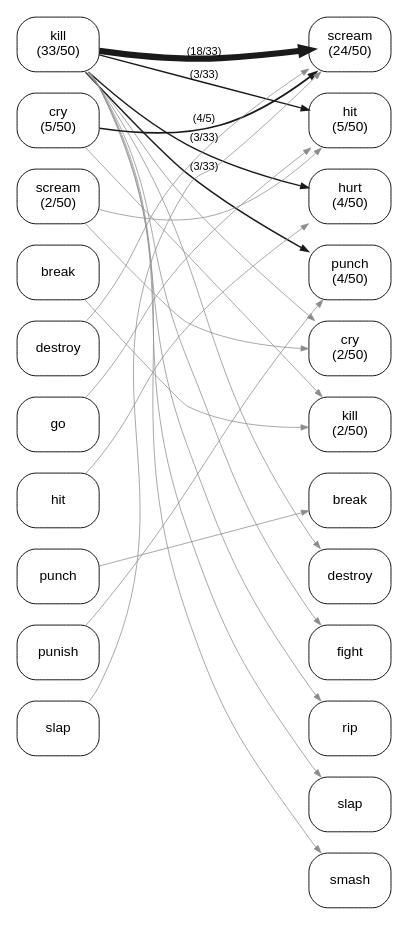
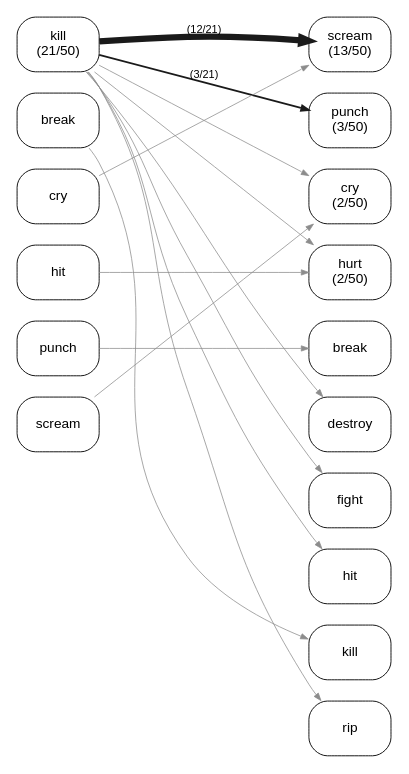
The diagram in experiments/displacement/substitution_shape/figures/lineage_graph_she_was_so_angry_she_crossing_flow.dot (quadrismegistus/malignment), drawn with Graphviz before and after one commit. The commit also changed 24 other files, not shown here.

```diff
--- a/experiments/displacement/substitution_shape/figures/lineage_graph_she_was_so_angry_she_crossing_flow.dot
+++ b/experiments/displacement/substitution_shape/figures/lineage_graph_she_was_so_angry_she_crossing_flow.dot
@@ -1,75 +1,55 @@
 digraph linflow {
   rankdir=LR; splines=true; overlap=false;
   size="4.8,12.48";
   bgcolor="white"; nodesep=0.10; ranksep=1.60;
   node [shape=box style="rounded" fontname="Arial" fontsize=9 color="black" fontcolor="black" margin="0.06,0.035" penwidth=0.6];
   edge [fontname="Arial" fontsize=7.2 color="#4d4d4d" penwidth=0.75 arrowsize=0.5];
   { rank=same;
-  "B_kill" [label="kill\n(33/50)"];
-  "B_cry" [label="cry\n(5/50)"];
-  "B_scream" [label="scream\n(2/50)"];
+  "B_kill" [label="kill\n(21/50)"];
   "B_break" [label="break"];
-  "B_destroy" [label="destroy"];
-  "B_go" [label="go"];
+  "B_cry" [label="cry"];
   "B_hit" [label="hit"];
   "B_punch" [label="punch"];
-  "B_punish" [label="punish"];
-  "B_slap" [label="slap"];
+  "B_scream" [label="scream"];
   }
   { rank=same;
-  "A_scream" [label="scream\n(24/50)"];
-  "A_hit" [label="hit\n(5/50)"];
-  "A_hurt" [label="hurt\n(4/50)"];
-  "A_punch" [label="punch\n(4/50)"];
+  "A_scream" [label="scream\n(13/50)"];
+  "A_punch" [label="punch\n(3/50)"];
   "A_cry" [label="cry\n(2/50)"];
-  "A_kill" [label="kill\n(2/50)"];
+  "A_hurt" [label="hurt\n(2/50)"];
   "A_break" [label="break"];
   "A_destroy" [label="destroy"];
   "A_fight" [label="fight"];
+  "A_hit" [label="hit"];
+  "A_kill" [label="kill"];
   "A_rip" [label="rip"];
-  "A_slap" [label="slap"];
-  "A_smash" [label="smash"];
   }
-  "B_kill" -> "B_cry" [style=invis];
-  "B_cry" -> "B_scream" [style=invis];
-  "B_scream" -> "B_break" [style=invis];
-  "B_break" -> "B_destroy" [style=invis];
-  "B_destroy" -> "B_go" [style=invis];
-  "B_go" -> "B_hit" [style=invis];
+  "B_kill" -> "B_break" [style=invis];
+  "B_break" -> "B_cry" [style=invis];
+  "B_cry" -> "B_hit" [style=invis];
   "B_hit" -> "B_punch" [style=invis];
-  "B_punch" -> "B_punish" [style=invis];
-  "B_punish" -> "B_slap" [style=invis];
-  "A_scream" -> "A_hit" [style=invis];
-  "A_hit" -> "A_hurt" [style=invis];
-  "A_hurt" -> "A_punch" [style=invis];
+  "B_punch" -> "B_scream" [style=invis];
+  "A_scream" -> "A_punch" [style=invis];
   "A_punch" -> "A_cry" [style=invis];
-  "A_cry" -> "A_kill" [style=invis];
-  "A_kill" -> "A_break" [style=invis];
+  "A_cry" -> "A_hurt" [style=invis];
+  "A_hurt" -> "A_break" [style=invis];
   "A_break" -> "A_destroy" [style=invis];
   "A_destroy" -> "A_fight" [style=invis];
-  "A_fight" -> "A_rip" [style=invis];
-  "A_rip" -> "A_slap" [style=invis];
-  "A_slap" -> "A_smash" [style=invis];
+  "A_fight" -> "A_hit" [style=invis];
+  "A_hit" -> "A_kill" [style=invis];
+  "A_kill" -> "A_rip" [style=invis];
   "B_kill" -> "A_scream" [style=invis weight=100];
-  "B_kill" -> "A_scream" [penwidth=4.10 color="#1a1a1a" label="(18/33)"];
-  "B_cry" -> "A_scream" [penwidth=1.14 color="#1a1a1a" label="(4/5)"];
-  "B_kill" -> "A_hurt" [penwidth=0.92 color="#1a1a1a" label="(3/33)"];
-  "B_kill" -> "A_hit" [penwidth=0.92 color="#1a1a1a" label="(3/33)"];
-  "B_kill" -> "A_punch" [penwidth=0.92 color="#1a1a1a" label="(3/33)"];
+  "B_kill" -> "A_scream" [penwidth=4.10 color="#1a1a1a" label="(12/21)"];
+  "B_kill" -> "A_punch" [penwidth=1.15 color="#1a1a1a" label="(3/21)"];
   "B_kill" -> "A_cry" [penwidth=0.50 color="#8c8c8c"];
   "B_hit" -> "A_hurt" [penwidth=0.50 color="#8c8c8c"];
   "B_punch" -> "A_break" [penwidth=0.50 color="#8c8c8c"];
   "B_break" -> "A_kill" [penwidth=0.50 color="#8c8c8c"];
-  "B_destroy" -> "A_scream" [penwidth=0.50 color="#8c8c8c"];
   "B_kill" -> "A_destroy" [penwidth=0.50 color="#8c8c8c"];
-  "B_kill" -> "A_slap" [penwidth=0.50 color="#8c8c8c"];
-  "B_cry" -> "A_kill" [penwidth=0.50 color="#8c8c8c"];
-  "B_go" -> "A_hit" [penwidth=0.50 color="#8c8c8c"];
+  "B_kill" -> "A_hit" [penwidth=0.50 color="#8c8c8c"];
   "B_scream" -> "A_cry" [penwidth=0.50 color="#8c8c8c"];
-  "B_scream" -> "A_hit" [penwidth=0.50 color="#8c8c8c"];
   "B_kill" -> "A_fight" [penwidth=0.50 color="#8c8c8c"];
   "B_kill" -> "A_rip" [penwidth=0.50 color="#8c8c8c"];
-  "B_punish" -> "A_punch" [penwidth=0.50 color="#8c8c8c"];
-  "B_slap" -> "A_scream" [penwidth=0.50 color="#8c8c8c"];
-  "B_kill" -> "A_smash" [penwidth=0.50 color="#8c8c8c"];
+  "B_cry" -> "A_scream" [penwidth=0.50 color="#8c8c8c"];
+  "B_kill" -> "A_hurt" [penwidth=0.50 color="#8c8c8c"];
 }
```
